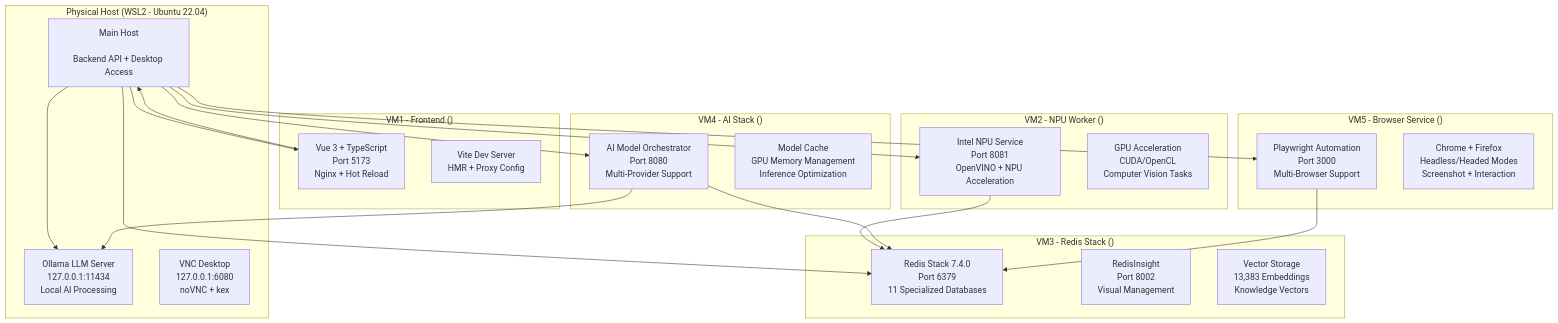
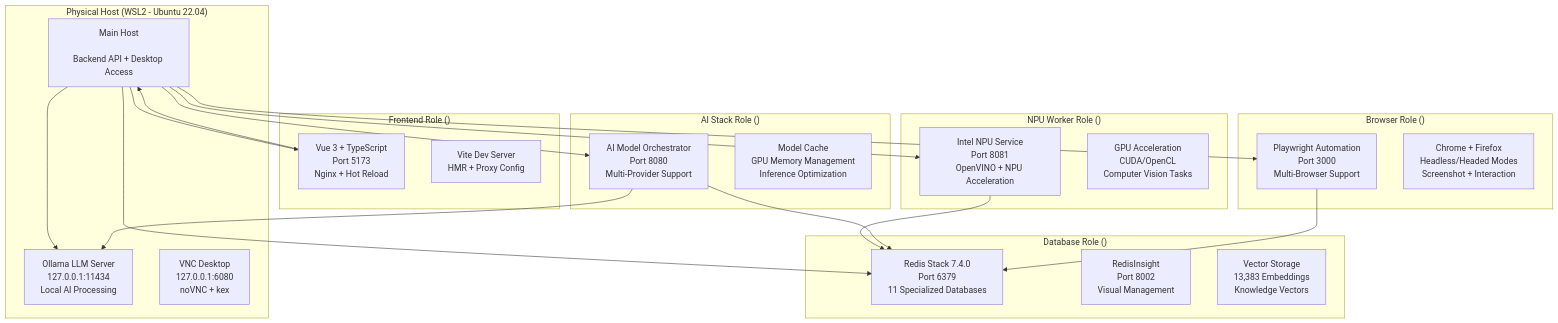
The first of 3 diagrams in docs/architecture/DISTRIBUTED_ARCHITECTURE.md (mrveiss/AutoBot-AI), drawn with Mermaid before and after one commit. The commit also changed other lines of this file and 13 other files, not shown here.

````diff
--- a/docs/architecture/DISTRIBUTED_ARCHITECTURE.md
+++ b/docs/architecture/DISTRIBUTED_ARCHITECTURE.md
@@ -24,48 +26,48 @@
 ```mermaid
 graph TB
     subgraph "Physical Host (WSL2 - Ubuntu 22.04)"
         MainHost[Main Host<br/><backend-ip><br/>Backend API + Desktop Access]
         OllamaLocal[Ollama LLM Server<br/>127.0.0.1:11434<br/>Local AI Processing]
         VNC[VNC Desktop<br/>127.0.0.1:6080<br/>noVNC + kex]
     end
 
-    subgraph "VM1 - Frontend (<frontend-ip>)"
+    subgraph "Frontend Role (<frontend-ip>)"
         Vue3[Vue 3 + TypeScript<br/>Port 5173<br/>Nginx + Hot Reload]
         Vite[Vite Dev Server<br/>HMR + Proxy Config]
     end
 
-    subgraph "VM2 - NPU Worker (<npu-ip>)"
+    subgraph "NPU Worker Role (<npu-ip>)"
         NPUService[Intel NPU Service<br/>Port 8081<br/>OpenVINO + NPU Acceleration]
         GPUProcess[GPU Acceleration<br/>CUDA/OpenCL<br/>Computer Vision Tasks]
     end
 
-    subgraph "VM3 - Redis Stack (<database-ip>)"
+    subgraph "Database Role (<database-ip>)"
         RedisStack[Redis Stack 7.4.0<br/>Port 6379<br/>11 Specialized Databases]
         RedisInsight[RedisInsight<br/>Port 8002<br/>Visual Management]
         VectorDB[Vector Storage<br/>13,383 Embeddings<br/>Knowledge Vectors]
     end
 
-    subgraph "VM4 - AI Stack (<aiml-ip>)"
+    subgraph "AI Stack Role (<aiml-ip>)"
         AIOrchestrator[AI Model Orchestrator<br/>Port 8080<br/>Multi-Provider Support]
         ModelCache[Model Cache<br/>GPU Memory Management<br/>Inference Optimization]
     end
 
-    subgraph "VM5 - Browser Service (<browser-ip>)"
+    subgraph "Browser Role (<browser-ip>)"
         Playwright[Playwright Automation<br/>Port 3000<br/>Multi-Browser Support]
         WebDrivers[Chrome + Firefox<br/>Headless/Headed Modes<br/>Screenshot + Interaction]
     end
 
     MainHost --> Vue3
     MainHost --> NPUService
     MainHost --> RedisStack
     MainHost --> AIOrchestrator  
     MainHost --> Playwright
 
     Vue3 --> MainHost
     NPUService --> RedisStack
     AIOrchestrator --> RedisStack
     Playwright --> RedisStack
 
     MainHost --> OllamaLocal
     AIOrchestrator --> OllamaLocal
 ```
````
